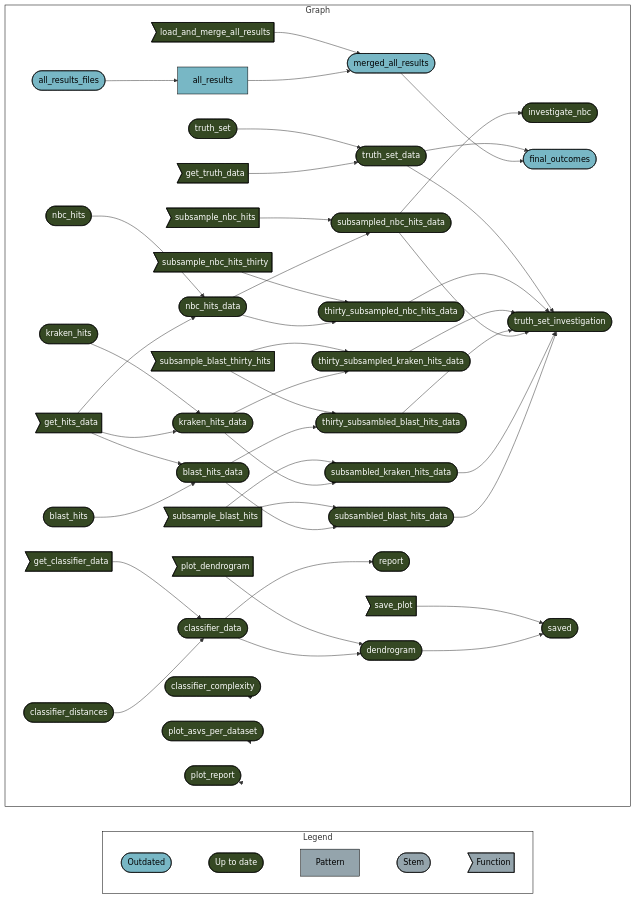
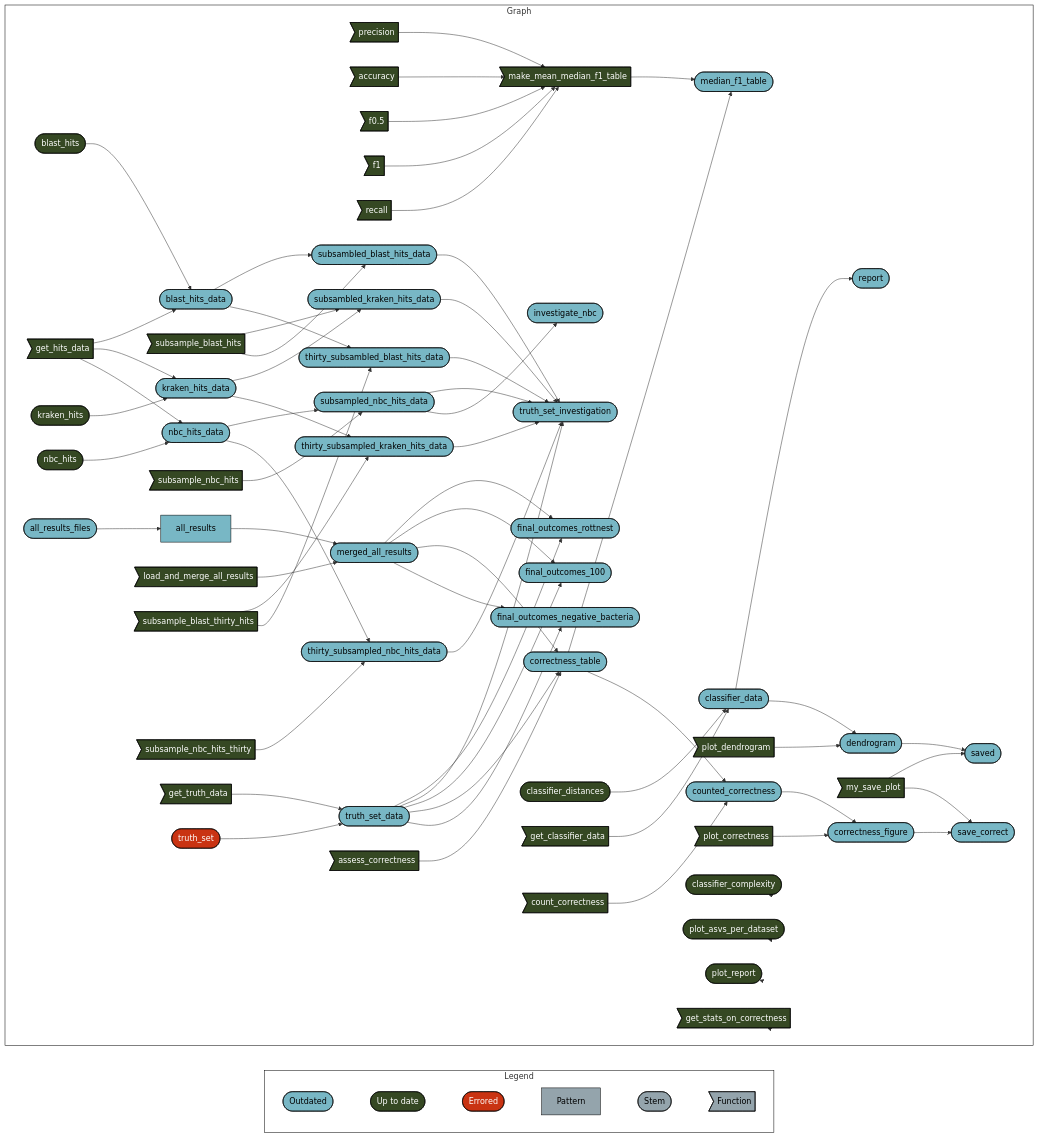
One commit to Computational-Biology-OceanOmics/OceanOmics-classifier-comparison changed the diagram in README.md. Above: the diagram before and after it, drawn with Mermaid. The commit also changed other lines of this file and 2 other files, not shown here.

````diff
--- a/README.md
+++ b/README.md
@@ -33,64 +30,89 @@
   subgraph Legend
     direction LR
     x0a52b03877696646([""Outdated""]):::outdated --- x7420bd9270f8d27d([""Up to date""]):::uptodate
-    x7420bd9270f8d27d([""Up to date""]):::uptodate --- x70a5fa6bea6f298d[""Pattern""]:::none
+    x7420bd9270f8d27d([""Up to date""]):::uptodate --- x4b0c520b8bc07c5b([""Errored""]):::errored
+    x4b0c520b8bc07c5b([""Errored""]):::errored --- x70a5fa6bea6f298d[""Pattern""]:::none
     x70a5fa6bea6f298d[""Pattern""]:::none --- xbf4603d6c2c2ad6b([""Stem""]):::none
     xbf4603d6c2c2ad6b([""Stem""]):::none --- xf0bce276fe2b9d3e>""Function""]:::none
   end
   subgraph Graph
     direction LR
-    x544a22aeaed1b2e4>"get_truth_data"]:::uptodate --> xbdd42ceae2a54d2c(["truth_set_data"]):::uptodate
-    x70199d3b1152e374(["truth_set"]):::uptodate --> xbdd42ceae2a54d2c(["truth_set_data"]):::uptodate
-    x9024d58abea360f6(["kraken_hits_data"]):::uptodate --> xc4269aa5995e6a3f(["subsambled_kraken_hits_data"]):::uptodate
-    xa731a5475c946be2>"subsample_blast_hits"]:::uptodate --> xc4269aa5995e6a3f(["subsambled_kraken_hits_data"]):::uptodate
+    x21ec04b3aba1a739>"precision"]:::uptodate --> xcd3647a431ed3d93>"make_mean_median_f1_table"]:::uptodate
+    x8f227df403c8969f>"accuracy"]:::uptodate --> xcd3647a431ed3d93>"make_mean_median_f1_table"]:::uptodate
+    x5bd3c0b98612ad82>"f0.5"]:::uptodate --> xcd3647a431ed3d93>"make_mean_median_f1_table"]:::uptodate
+    xdfc9ff1b391aa400>"f1"]:::uptodate --> xcd3647a431ed3d93>"make_mean_median_f1_table"]:::uptodate
+    x47d805de93d2f724>"recall"]:::uptodate --> xcd3647a431ed3d93>"make_mean_median_f1_table"]:::uptodate
+    x5f73e2549f58db1c(["correctness_table"]):::outdated --> x70622bc5282148b6(["median_f1_table"]):::outdated
+    xcd3647a431ed3d93>"make_mean_median_f1_table"]:::uptodate --> x70622bc5282148b6(["median_f1_table"]):::outdated
+    x9024d58abea360f6(["kraken_hits_data"]):::outdated --> xc4269aa5995e6a3f(["subsambled_kraken_hits_data"]):::outdated
+    xa731a5475c946be2>"subsample_blast_hits"]:::uptodate --> xc4269aa5995e6a3f(["subsambled_kraken_hits_data"]):::outdated
+    x4cbe0500373226c1(["classifier_data"]):::outdated --> xe0fba61fbc506510(["report"]):::outdated
+    xc65a25d9d96e8f7c(["blast_hits"]):::uptodate --> xe9d8f2de59f79fa1(["blast_hits_data"]):::outdated
+    x837f996ab35491da>"get_hits_data"]:::uptodate --> xe9d8f2de59f79fa1(["blast_hits_data"]):::outdated
+    xe9d8f2de59f79fa1(["blast_hits_data"]):::outdated --> x7477a20106b865a4(["subsambled_blast_hits_data"]):::outdated
+    xa731a5475c946be2>"subsample_blast_hits"]:::uptodate --> x7477a20106b865a4(["subsambled_blast_hits_data"]):::outdated
+    x837f996ab35491da>"get_hits_data"]:::uptodate --> x9024d58abea360f6(["kraken_hits_data"]):::outdated
+    xc4cff7b61e825181(["kraken_hits"]):::uptodate --> x9024d58abea360f6(["kraken_hits_data"]):::outdated
+    x42612793169637e0(["nbc_hits_data"]):::outdated --> xcc0ae95627a4c782(["subsampled_nbc_hits_data"]):::outdated
+    x7cb45ddc20e499f4>"subsample_nbc_hits"]:::uptodate --> xcc0ae95627a4c782(["subsampled_nbc_hits_data"]):::outdated
     xa63f30966279f049["all_results"]:::outdated --> x92e63fc22641faa5(["merged_all_results"]):::outdated
     x38eaffe45ba1cf7e>"load_and_merge_all_results"]:::uptodate --> x92e63fc22641faa5(["merged_all_results"]):::outdated
-    xcc0ae95627a4c782(["subsampled_nbc_hits_data"]):::uptodate --> x046634d8ccbfc029(["investigate_nbc"]):::uptodate
-    x837f996ab35491da>"get_hits_data"]:::uptodate --> x42612793169637e0(["nbc_hits_data"]):::uptodate
-    x5117ea88dbd5add2(["nbc_hits"]):::uptodate --> x42612793169637e0(["nbc_hits_data"]):::uptodate
-    x92e63fc22641faa5(["merged_all_results"]):::outdated --> x8fccb58057b5e5e1(["final_outcomes"]):::outdated
-    xbdd42ceae2a54d2c(["truth_set_data"]):::uptodate --> x8fccb58057b5e5e1(["final_outcomes"]):::outdated
-    x7477a20106b865a4(["subsambled_blast_hits_data"]):::uptodate --> xc7b5a37005176fd4(["truth_set_investigation"]):::uptodate
-    xc4269aa5995e6a3f(["subsambled_kraken_hits_data"]):::uptodate --> xc7b5a37005176fd4(["truth_set_investigation"]):::uptodate
-    xcc0ae95627a4c782(["subsampled_nbc_hits_data"]):::uptodate --> xc7b5a37005176fd4(["truth_set_investigation"]):::uptodate
-    xf80ecf3117225a62(["thirty_subsambled_blast_hits_data"]):::uptodate --> xc7b5a37005176fd4(["truth_set_investigation"]):::uptodate
-    x9f533bb9ed6cc0bf(["thirty_subsampled_kraken_hits_data"]):::uptodate --> xc7b5a37005176fd4(["truth_set_investigation"]):::uptodate
-    x25ebbc9fc53b1418(["thirty_subsampled_nbc_hits_data"]):::uptodate --> xc7b5a37005176fd4(["truth_set_investigation"]):::uptodate
-    xbdd42ceae2a54d2c(["truth_set_data"]):::uptodate --> xc7b5a37005176fd4(["truth_set_investigation"]):::uptodate
-    x42612793169637e0(["nbc_hits_data"]):::uptodate --> x25ebbc9fc53b1418(["thirty_subsampled_nbc_hits_data"]):::uptodate
-    x476c8f557e2b0910>"subsample_nbc_hits_thirty"]:::uptodate --> x25ebbc9fc53b1418(["thirty_subsampled_nbc_hits_data"]):::uptodate
-    xc65a25d9d96e8f7c(["blast_hits"]):::uptodate --> xe9d8f2de59f79fa1(["blast_hits_data"]):::uptodate
-    x837f996ab35491da>"get_hits_data"]:::uptodate --> xe9d8f2de59f79fa1(["blast_hits_data"]):::uptodate
-    x4cbe0500373226c1(["classifier_data"]):::uptodate --> xe0fba61fbc506510(["report"]):::uptodate
+    x9024d58abea360f6(["kraken_hits_data"]):::outdated --> x9f533bb9ed6cc0bf(["thirty_subsampled_kraken_hits_data"]):::outdated
+    x1f8a2aa3facf1873>"subsample_blast_thirty_hits"]:::uptodate --> x9f533bb9ed6cc0bf(["thirty_subsampled_kraken_hits_data"]):::outdated
+    x264c7e682ec442b2(["dendrogram"]):::outdated --> xaf4a1b2829040c15(["saved"]):::outdated
+    x063d54dad6ed438a>"my_save_plot"]:::uptodate --> xaf4a1b2829040c15(["saved"]):::outdated
+    x92e63fc22641faa5(["merged_all_results"]):::outdated --> xb55a8ff957ab9650(["final_outcomes_rottnest"]):::outdated
+    xbdd42ceae2a54d2c(["truth_set_data"]):::outdated --> xb55a8ff957ab9650(["final_outcomes_rottnest"]):::outdated
+    x7477a20106b865a4(["subsambled_blast_hits_data"]):::outdated --> xc7b5a37005176fd4(["truth_set_investigation"]):::outdated
+    xc4269aa5995e6a3f(["subsambled_kraken_hits_data"]):::outdated --> xc7b5a37005176fd4(["truth_set_investigation"]):::outdated
+    xcc0ae95627a4c782(["subsampled_nbc_hits_data"]):::outdated --> xc7b5a37005176fd4(["truth_set_investigation"]):::outdated
+    xf80ecf3117225a62(["thirty_subsambled_blast_hits_data"]):::outdated --> xc7b5a37005176fd4(["truth_set_investigation"]):::outdated
+    x9f533bb9ed6cc0bf(["thirty_subsampled_kraken_hits_data"]):::outdated --> xc7b5a37005176fd4(["truth_set_investigation"]):::outdated
+    x25ebbc9fc53b1418(["thirty_subsampled_nbc_hits_data"]):::outdated --> xc7b5a37005176fd4(["truth_set_investigation"]):::outdated
+    xbdd42ceae2a54d2c(["truth_set_data"]):::outdated --> xc7b5a37005176fd4(["truth_set_investigation"]):::outdated
+    x4cbe0500373226c1(["classifier_data"]):::outdated --> x264c7e682ec442b2(["dendrogram"]):::outdated
+    x994946b41121bfa6>"plot_dendrogram"]:::uptodate --> x264c7e682ec442b2(["dendrogram"]):::outdated
+    x0fe0b162e5f2d977(["counted_correctness"]):::outdated --> x8c50ad78daae7d7d(["correctness_figure"]):::outdated
+    x5071aff9d46fc375>"plot_correctness"]:::uptodate --> x8c50ad78daae7d7d(["correctness_figure"]):::outdated
+    x92e63fc22641faa5(["merged_all_results"]):::outdated --> x4c3c668f02e94ea5(["final_outcomes_100"]):::outdated
+    xbdd42ceae2a54d2c(["truth_set_data"]):::outdated --> x4c3c668f02e94ea5(["final_outcomes_100"]):::outdated
+    xcc0ae95627a4c782(["subsampled_nbc_hits_data"]):::outdated --> x046634d8ccbfc029(["investigate_nbc"]):::outdated
+    x62f627c2bcc7f4a3>"assess_correctness"]:::uptodate --> x5f73e2549f58db1c(["correctness_table"]):::outdated
+    x92e63fc22641faa5(["merged_all_results"]):::outdated --> x5f73e2549f58db1c(["correctness_table"]):::outdated
+    xbdd42ceae2a54d2c(["truth_set_data"]):::outdated --> x5f73e2549f58db1c(["correctness_table"]):::outdated
+    x837f996ab35491da>"get_hits_data"]:::uptodate --> x42612793169637e0(["nbc_hits_data"]):::outdated
+    x5117ea88dbd5add2(["nbc_hits"]):::uptodate --> x42612793169637e0(["nbc_hits_data"]):::outdated
     x2ff9bf2efd8ea8fa(["all_results_files"]):::outdated --> xa63f30966279f049["all_results"]:::outdated
-    xe9d8f2de59f79fa1(["blast_hits_data"]):::uptodate --> x7477a20106b865a4(["subsambled_blast_hits_data"]):::uptodate
-    xa731a5475c946be2>"subsample_blast_hits"]:::uptodate --> x7477a20106b865a4(["subsambled_blast_hits_data"]):::uptodate
-    x4cbe0500373226c1(["classifier_data"]):::uptodate --> x264c7e682ec442b2(["dendrogram"]):::uptodate
-    x994946b41121bfa6>"plot_dendrogram"]:::uptodate --> x264c7e682ec442b2(["dendrogram"]):::uptodate
-    xe9d8f2de59f79fa1(["blast_hits_data"]):::uptodate --> xf80ecf3117225a62(["thirty_subsambled_blast_hits_data"]):::uptodate
-    x1f8a2aa3facf1873>"subsample_blast_thirty_hits"]:::uptodate --> xf80ecf3117225a62(["thirty_subsambled_blast_hits_data"]):::uptodate
-    x9024d58abea360f6(["kraken_hits_data"]):::uptodate --> x9f533bb9ed6cc0bf(["thirty_subsampled_kraken_hits_data"]):::uptodate
-    x1f8a2aa3facf1873>"subsample_blast_thirty_hits"]:::uptodate --> x9f533bb9ed6cc0bf(["thirty_subsampled_kraken_hits_data"]):::uptodate
-    x42612793169637e0(["nbc_hits_data"]):::uptodate --> xcc0ae95627a4c782(["subsampled_nbc_hits_data"]):::uptodate
-    x7cb45ddc20e499f4>"subsample_nbc_hits"]:::uptodate --> xcc0ae95627a4c782(["subsampled_nbc_hits_data"]):::uptodate
-    x264c7e682ec442b2(["dendrogram"]):::uptodate --> xaf4a1b2829040c15(["saved"]):::uptodate
-    x64d5b6c864f8ce9c>"save_plot"]:::uptodate --> xaf4a1b2829040c15(["saved"]):::uptodate
-    xf2c68c9c4c5bbbc3(["classifier_distances"]):::uptodate --> x4cbe0500373226c1(["classifier_data"]):::uptodate
-    x8279777903f3f13d>"get_classifier_data"]:::uptodate --> x4cbe0500373226c1(["classifier_data"]):::uptodate
-    x837f996ab35491da>"get_hits_data"]:::uptodate --> x9024d58abea360f6(["kraken_hits_data"]):::uptodate
-    xc4cff7b61e825181(["kraken_hits"]):::uptodate --> x9024d58abea360f6(["kraken_hits_data"]):::uptodate
+    x42612793169637e0(["nbc_hits_data"]):::outdated --> x25ebbc9fc53b1418(["thirty_subsampled_nbc_hits_data"]):::outdated
+    x476c8f557e2b0910>"subsample_nbc_hits_thirty"]:::uptodate --> x25ebbc9fc53b1418(["thirty_subsampled_nbc_hits_data"]):::outdated
+    x544a22aeaed1b2e4>"get_truth_data"]:::uptodate --> xbdd42ceae2a54d2c(["truth_set_data"]):::outdated
+    x70199d3b1152e374(["truth_set"]):::errored --> xbdd42ceae2a54d2c(["truth_set_data"]):::outdated
+    x92e63fc22641faa5(["merged_all_results"]):::outdated --> xf37c16a7303abc16(["final_outcomes_negative_bacteria"]):::outdated
+    xbdd42ceae2a54d2c(["truth_set_data"]):::outdated --> xf37c16a7303abc16(["final_outcomes_negative_bacteria"]):::outdated
+    x8c50ad78daae7d7d(["correctness_figure"]):::outdated --> x962124a214cc566f(["save_correct"]):::outdated
+    x063d54dad6ed438a>"my_save_plot"]:::uptodate --> x962124a214cc566f(["save_correct"]):::outdated
+    xf2c68c9c4c5bbbc3(["classifier_distances"]):::uptodate --> x4cbe0500373226c1(["classifier_data"]):::outdated
+    x8279777903f3f13d>"get_classifier_data"]:::uptodate --> x4cbe0500373226c1(["classifier_data"]):::outdated
+    x5f73e2549f58db1c(["correctness_table"]):::outdated --> x0fe0b162e5f2d977(["counted_correctness"]):::outdated
+    x057c70bd2d39499f>"count_correctness"]:::uptodate --> x0fe0b162e5f2d977(["counted_correctness"]):::outdated
+    xe9d8f2de59f79fa1(["blast_hits_data"]):::outdated --> xf80ecf3117225a62(["thirty_subsambled_blast_hits_data"]):::outdated
+    x1f8a2aa3facf1873>"subsample_blast_thirty_hits"]:::uptodate --> xf80ecf3117225a62(["thirty_subsambled_blast_hits_data"]):::outdated
     x801b32f234e20cdc(["classifier_complexity"]):::uptodate --> x801b32f234e20cdc(["classifier_complexity"]):::uptodate
     xe40955de534d0cf1(["plot_asvs_per_dataset"]):::uptodate --> xe40955de534d0cf1(["plot_asvs_per_dataset"]):::uptodate
     xbf5ac67708da2696(["plot_report"]):::uptodate --> xbf5ac67708da2696(["plot_report"]):::uptodate
+    xae01b2c9af307a4d>"get_stats_on_correctness"]:::uptodate --> xae01b2c9af307a4d>"get_stats_on_correctness"]:::uptodate
   end
   classDef outdated stroke:#000000,color:#000000,fill:#78B7C5;
   classDef uptodate stroke:#000000,color:#ffffff,fill:#354823;
+  classDef errored stroke:#000000,color:#ffffff,fill:#C93312;
   classDef none stroke:#000000,color:#000000,fill:#94a4ac;
   linkStyle 0 stroke-width:0px;
   linkStyle 1 stroke-width:0px;
   linkStyle 2 stroke-width:0px;
   linkStyle 3 stroke-width:0px;
-  linkStyle 44 stroke-width:0px;
-  linkStyle 45 stroke-width:0px;
-  linkStyle 46 stroke-width:0px;
+  linkStyle 4 stroke-width:0px;
+  linkStyle 65 stroke-width:0px;
+  linkStyle 66 stroke-width:0px;
+  linkStyle 67 stroke-width:0px;
+  linkStyle 68 stroke-width:0px;
 ```
````
